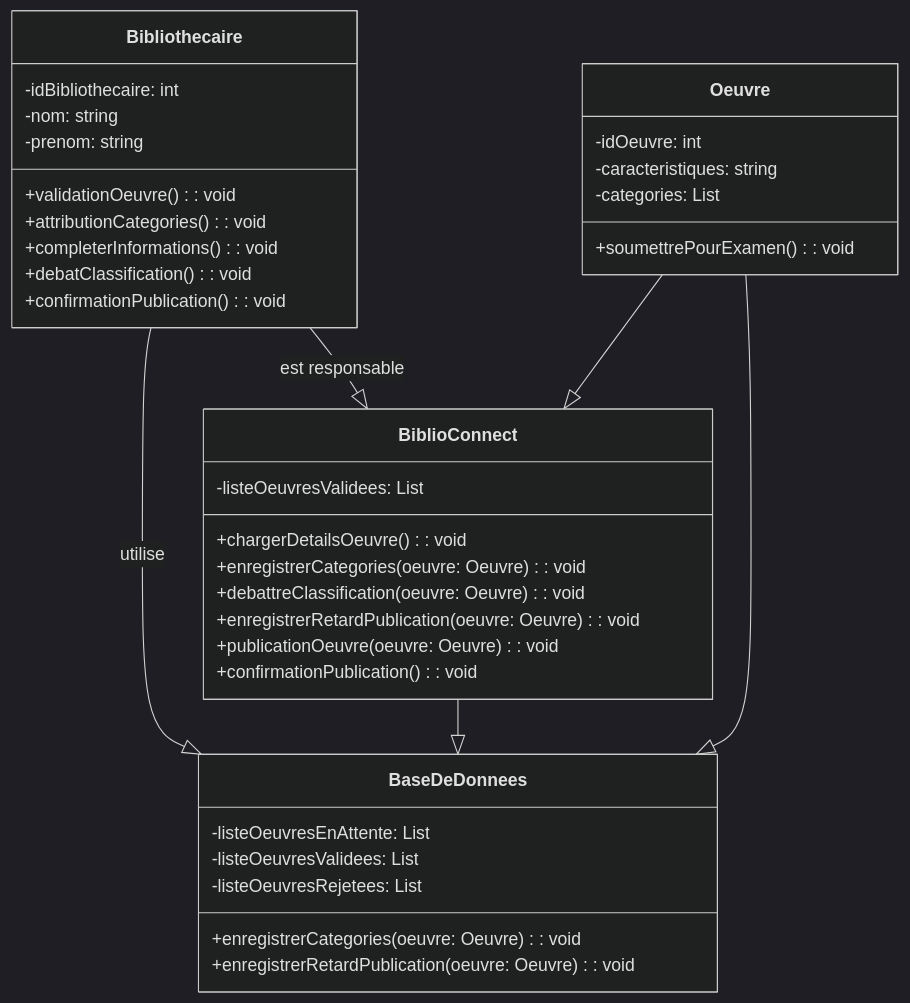
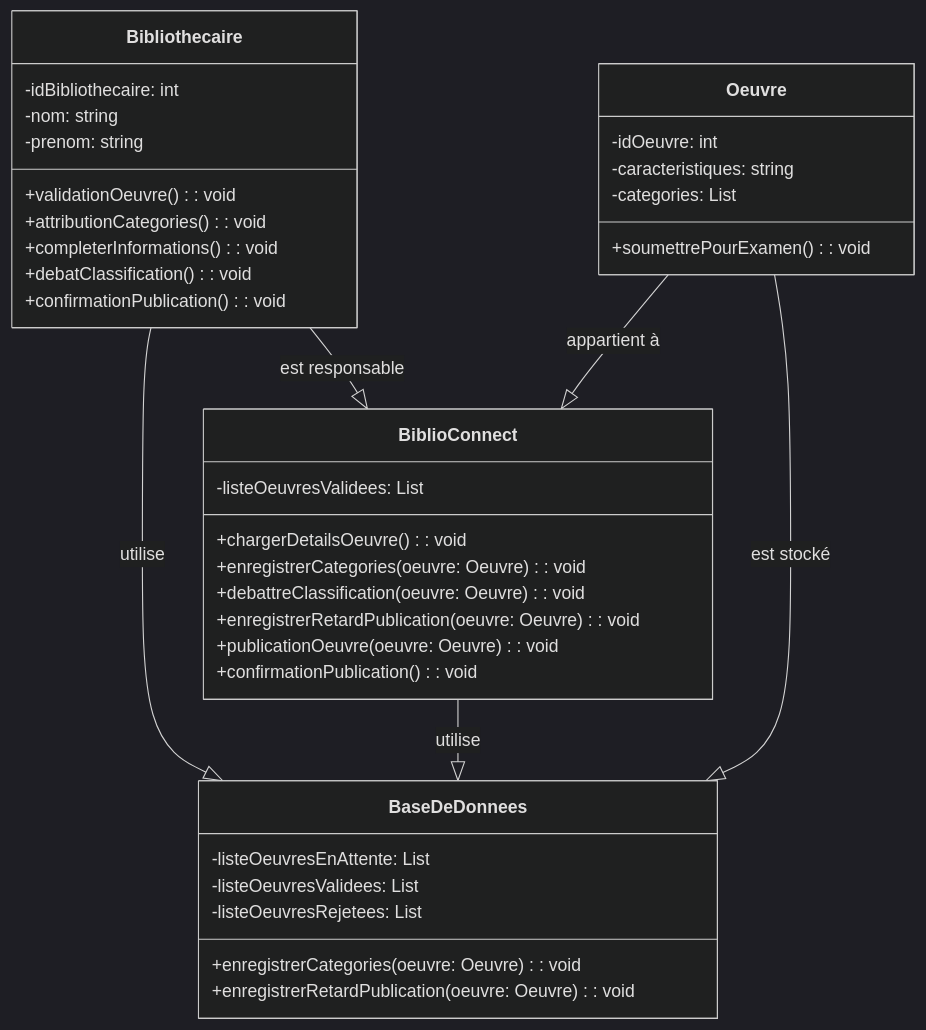
One commit to nico30so/codemasters changed the second of 2 diagrams in Scenarios/S3/S3.md. Above: the diagram before and after it, drawn with Mermaid (dark theme).

````diff
--- a/Scenarios/S3/S3.md
+++ b/Scenarios/S3/S3.md
@@ -58,44 +58,44 @@
 ```mermaid
 classDiagram
     class Bibliothecaire {
         -idBibliothecaire: int
         -nom: string
         -prenom: string
         +validationOeuvre(): void
         +attributionCategories(): void
         +completerInformations(): void
         +debatClassification(): void
         +confirmationPublication(): void
     }
 
     class BiblioConnect {
         -listeOeuvresValidees: List<Oeuvre>
         +chargerDetailsOeuvre(): void
         +enregistrerCategories(oeuvre: Oeuvre): void
         +debattreClassification(oeuvre: Oeuvre): void
         +enregistrerRetardPublication(oeuvre: Oeuvre): void
         +publicationOeuvre(oeuvre: Oeuvre): void
         +confirmationPublication(): void
     }
 
     class BaseDeDonnees {
         -listeOeuvresEnAttente: List<Oeuvre>
         -listeOeuvresValidees: List<Oeuvre>
         -listeOeuvresRejetees: List<Oeuvre>
         +enregistrerCategories(oeuvre: Oeuvre): void
         +enregistrerRetardPublication(oeuvre: Oeuvre): void
     }
 
     class Oeuvre {
         -idOeuvre: int
         -caracteristiques: string
         -categories: List<string>
         +soumettrePourExamen(): void
     }
 
     Bibliothecaire --|> BiblioConnect: est responsable
     Bibliothecaire --|> BaseDeDonnees: utilise
-    BiblioConnect --|> BaseDeDonnees
-    Oeuvre --|> BiblioConnect
-    Oeuvre --|> BaseDeDonnees
+    BiblioConnect --|> BaseDeDonnees: utilise
+    Oeuvre --|> BiblioConnect: appartient à
+    Oeuvre --|> BaseDeDonnees: est stocké
 ```
````
